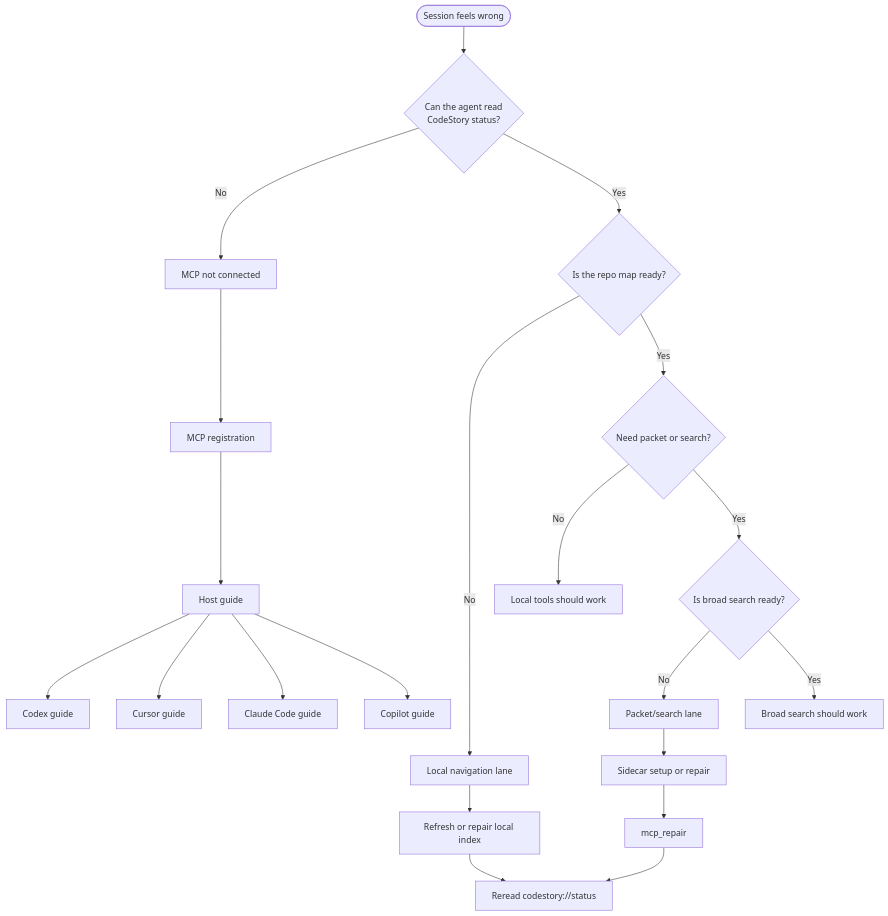
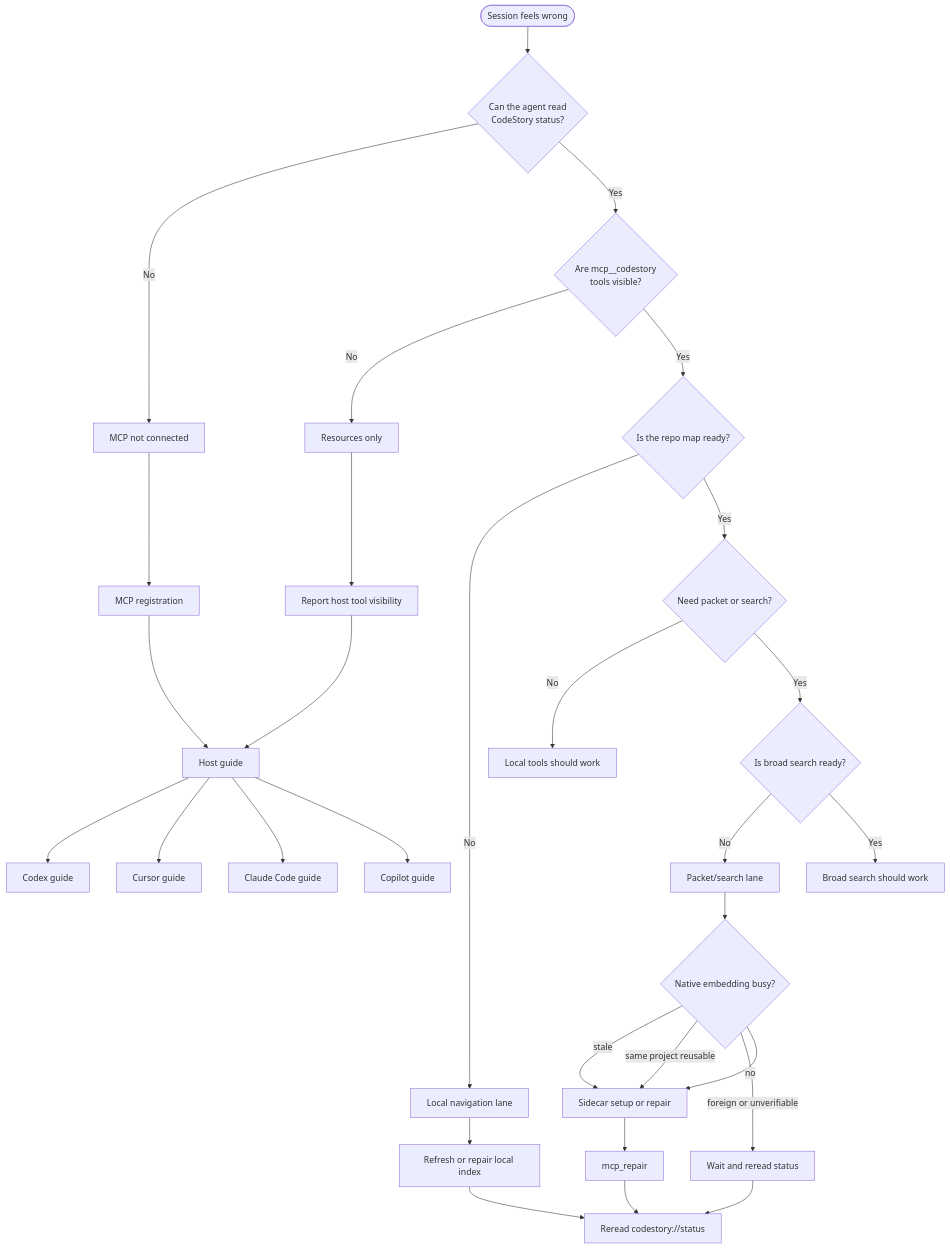
Before and after one commit to TheGreenCedar/CodeStory: the diagram in docs/users/troubleshooting.md, drawn with Mermaid. The commit also changed other lines of this file and 38 other files, not shown here.

````diff
--- a/docs/users/troubleshooting.md
+++ b/docs/users/troubleshooting.md
@@ -25,23 +25,32 @@
 ```mermaid
 flowchart TD
   start([Session feels wrong]) --> q1{Can the agent read<br/>CodeStory status?}
   q1 -->|No| mcp[MCP not connected]
-  q1 -->|Yes| q2{Is the repo map ready?}
+  q1 -->|Yes| qTools{Are mcp__codestory<br/>tools visible?}
+  qTools -->|No| toolsHidden[Resources only]
+  qTools -->|Yes| q2{Is the repo map ready?}
   q2 -->|No| local[Local navigation lane]
   q2 -->|Yes| q3{Need packet or search?}
   q3 -->|No| ok[Local tools should work]
   q3 -->|Yes| q4{Is broad search ready?}
   q4 -->|No| sidecar[Packet/search lane]
   q4 -->|Yes| ok2[Broad search should work]
   mcp --> fix_mcp[MCP registration]
+  toolsHidden --> hostBlocker[Report host tool visibility]
   local --> fix_local[Refresh or repair local index]
-  sidecar --> fix_sidecar[Sidecar setup or repair]
+  sidecar --> nativeBusy{Native embedding busy?}
+  nativeBusy -->|stale| fix_sidecar[Sidecar setup or repair]
+  nativeBusy -->|same project reusable| fix_sidecar
+  nativeBusy -->|foreign or unverifiable| waitBusy[Wait and reread status]
+  nativeBusy -->|no| fix_sidecar
   fix_mcp --> host[Host guide]
+  hostBlocker --> host
   fix_local --> reread
   fix_sidecar --> mcp_repair
+  waitBusy --> reread
   mcp_repair --> reread["Reread codestory://status"]
   host --> codex[Codex guide]
   host --> cursor[Cursor guide]
   host --> claude[Claude Code guide]
   host --> copilot[Copilot guide]
 ```
````
